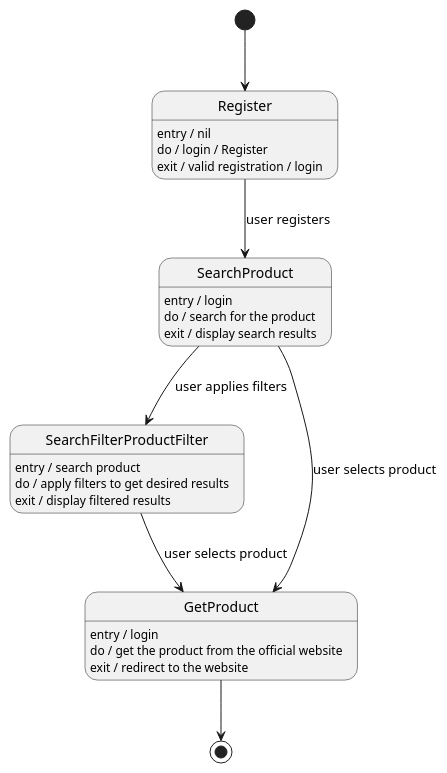
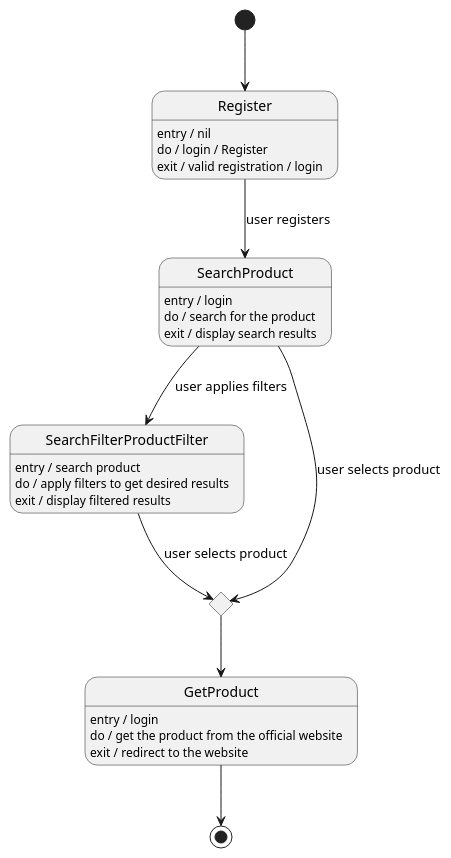
Before and after one commit to maimunafaria/State_transition_Diagram_generated_by_LLM: the diagram in dataset/case_04_product_recommendation/diagram.puml, drawn with PlantUML. The commit also changed 21 other files, not shown here.

```diff
--- a/dataset/case_04_product_recommendation/diagram.puml
+++ b/dataset/case_04_product_recommendation/diagram.puml
@@ -2,24 +2,24 @@
 @startuml
 [*] --> Register
 Register : entry / nil
 Register : do / login / Register
 Register : exit / valid registration / login
 
 Register --> SearchProduct : user registers
 SearchProduct : entry / login
 SearchProduct : do / search for the product
 SearchProduct : exit / display search results
 
 SearchProduct --> SearchFilterProductFilter : user applies filters
 SearchFilterProductFilter : entry / search product
 SearchFilterProductFilter : do / apply filters to get desired results
 SearchFilterProductFilter : exit / display filtered results
-
-SearchProduct --> GetProduct : user selects product
-SearchFilterProductFilter --> GetProduct : user selects product
+state J1 <<choice>>
+SearchProduct --> J1 : user selects product
+SearchFilterProductFilter --> J1 : user selects product
 GetProduct : entry / login
 GetProduct : do / get the product from the official website
 GetProduct : exit / redirect to the website
-
+J1 --> GetProduct 
 GetProduct --> [*]
 @enduml
```
